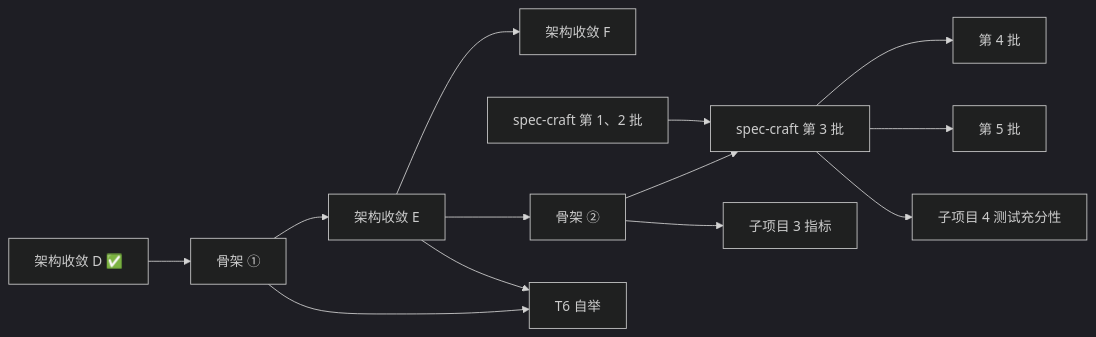
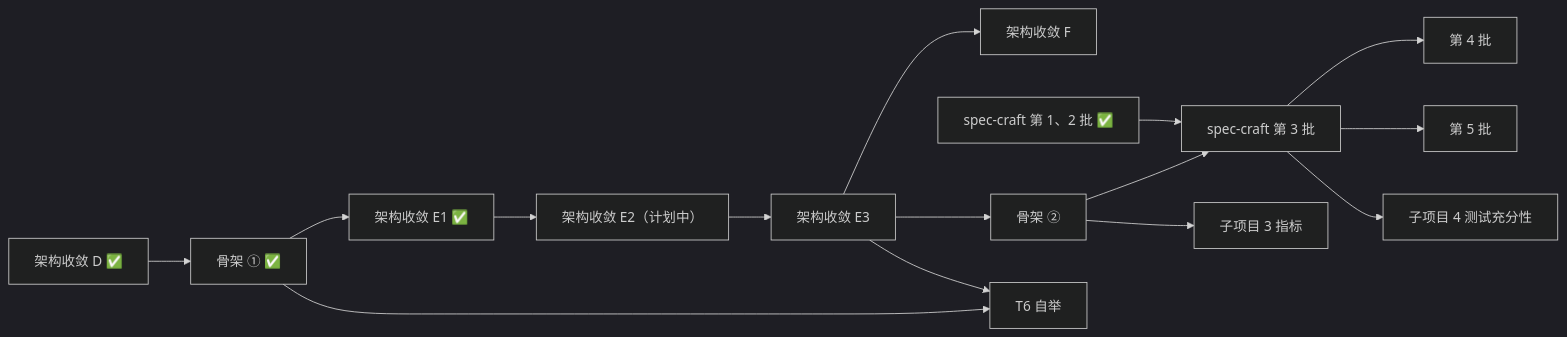
Before and after one commit to jinlin725168-ai/storyloop: the diagram in docs/roadmap.md, drawn with Mermaid (dark theme). The commit also changed other lines of this file, not shown here.

First line of the commit message:
docs(roadmap): 同步骨架、共创技能与E1进展 (#45)

````diff
--- a/docs/roadmap.md
+++ b/docs/roadmap.md
@@ -44,15 +51,17 @@
 ```mermaid
 flowchart LR
-    D["架构收敛 D ✅"] --> T1["骨架 ①"]
-    T1 --> E["架构收敛 E"]
-    E --> F["架构收敛 F"]
-    E --> T2["骨架 ②"]
-    S1["spec-craft 第 1、2 批"] --> S3["spec-craft 第 3 批"]
+    D["架构收敛 D ✅"] --> T1["骨架 ① ✅"]
+    T1 --> E1["架构收敛 E1 ✅"]
+    E1 --> E2["架构收敛 E2（计划中）"]
+    E2 --> E3["架构收敛 E3"]
+    E3 --> F["架构收敛 F"]
+    E3 --> T2["骨架 ②"]
+    S1["spec-craft 第 1、2 批 ✅"] --> S3["spec-craft 第 3 批"]
     T2 --> S3
     S3 --> S4["第 4 批"]
     S3 --> S5["第 5 批"]
     T2 --> M["子项目 3 指标"]
     S3 --> A4["子项目 4 测试充分性"]
-    E --> T6["T6 自举"]
+    E3 --> T6["T6 自举"]
     T1 --> T6
 ```
````
